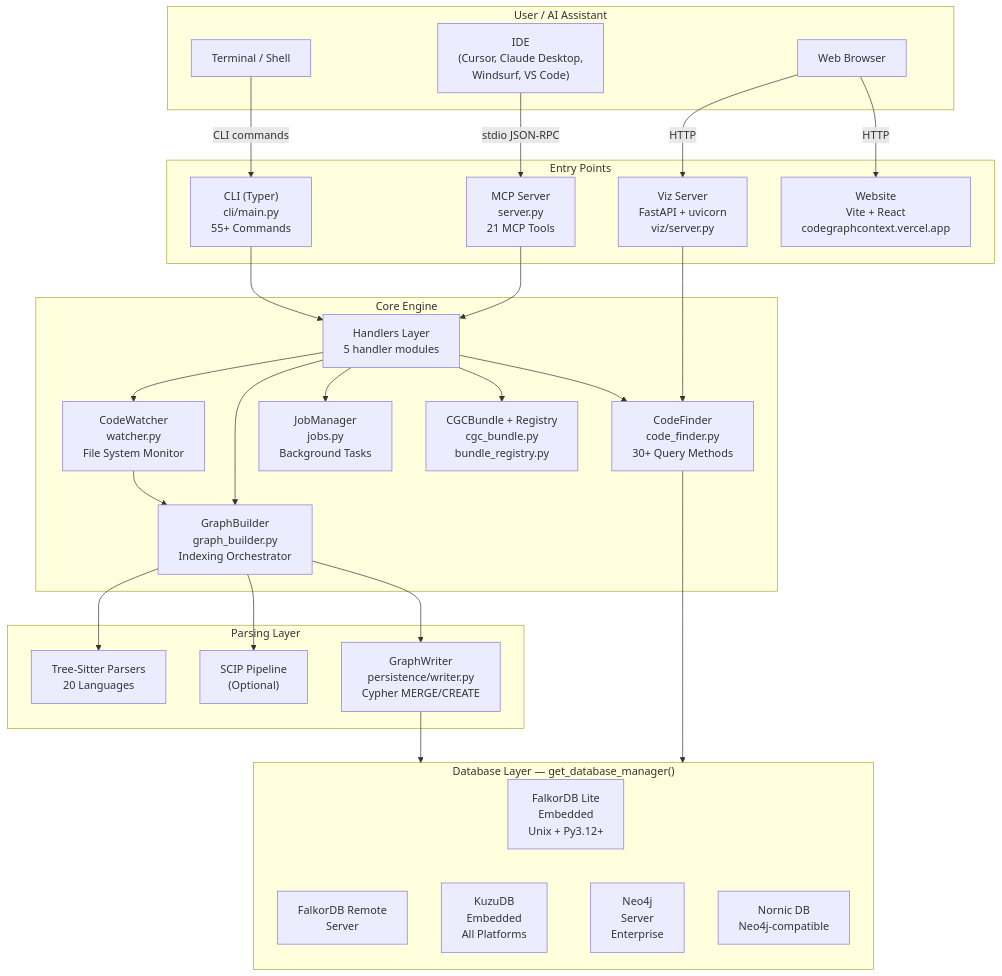
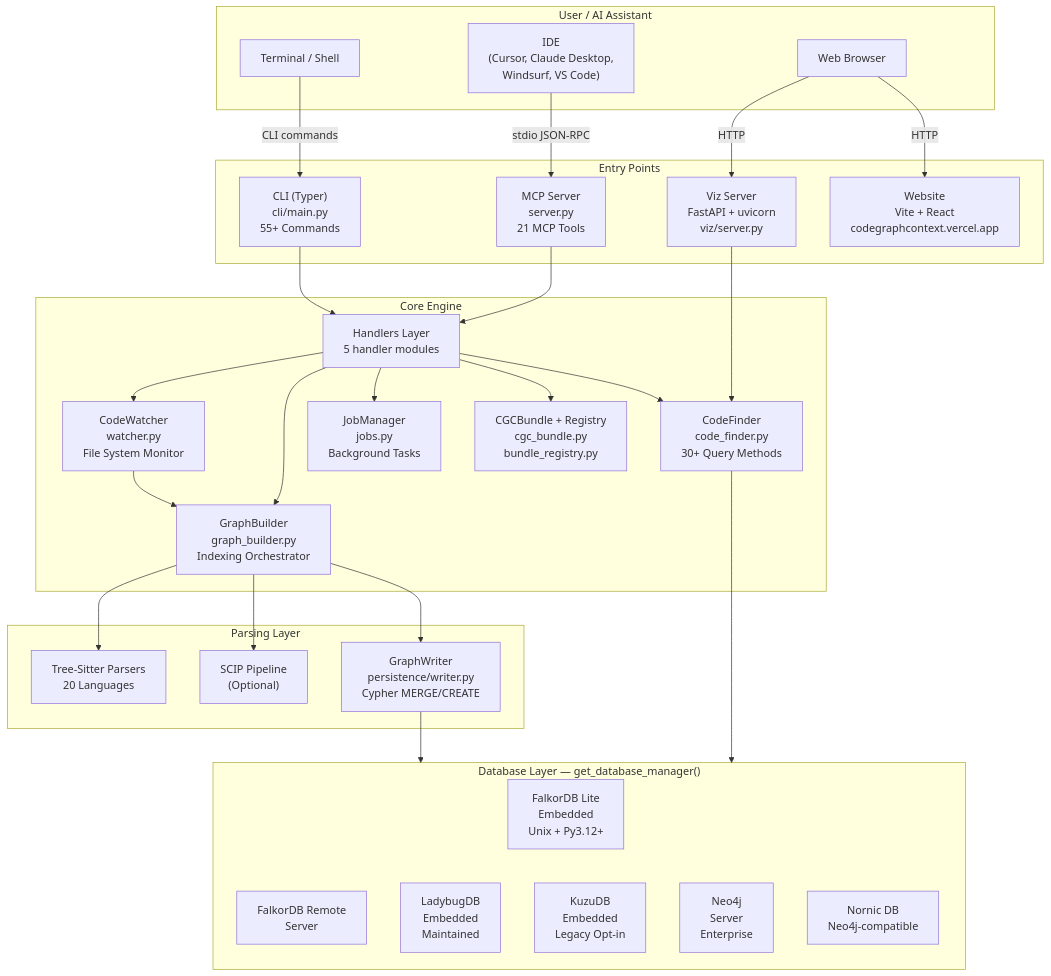
The first of 12 diagrams in docs/ARCHITECTURE.md (CodeGraphContext/CodeGraphContext), drawn with Mermaid before and after one commit. The commit also changed other lines of this file and 15 other files, not shown here.

````diff
--- a/docs/ARCHITECTURE.md
+++ b/docs/ARCHITECTURE.md
@@ -52,66 +53,68 @@
 ```mermaid
 graph TB
     subgraph Clients["User / AI Assistant"]
         IDE["IDE<br/>(Cursor, Claude Desktop,<br/>Windsurf, VS Code)"]
         Terminal["Terminal / Shell"]
         Browser["Web Browser"]
     end
 
     subgraph Entrypoints["Entry Points"]
         MCP["MCP Server<br/>server.py<br/>21 MCP Tools"]
         CLI["CLI (Typer)<br/>cli/main.py<br/>55+ Commands"]
         VizServer["Viz Server<br/>FastAPI + uvicorn<br/>viz/server.py"]
         Website["Website<br/>Vite + React<br/>codegraphcontext.vercel.app"]
     end
 
     subgraph Core["Core Engine"]
         Handlers["Handlers Layer<br/>5 handler modules"]
         GB["GraphBuilder<br/>graph_builder.py<br/>Indexing Orchestrator"]
         CF["CodeFinder<br/>code_finder.py<br/>30+ Query Methods"]
         Watcher["CodeWatcher<br/>watcher.py<br/>File System Monitor"]
         Jobs["JobManager<br/>jobs.py<br/>Background Tasks"]
         Bundles["CGCBundle + Registry<br/>cgc_bundle.py<br/>bundle_registry.py"]
     end
 
     subgraph Parsing["Parsing Layer"]
         TS["Tree-Sitter Parsers<br/>20 Languages"]
         SCIP["SCIP Pipeline<br/>(Optional)"]
         Writer["GraphWriter<br/>persistence/writer.py<br/>Cypher MERGE/CREATE"]
     end
 
     subgraph DB["Database Layer — get_database_manager()"]
         Falkor["FalkorDB Lite<br/>Embedded<br/>Unix + Py3.12+"]
         FalkorR["FalkorDB Remote<br/>Server"]
-        Kuzu["KuzuDB<br/>Embedded<br/>All Platforms"]
+        Ladybug["LadybugDB<br/>Embedded<br/>Maintained"]
+        Kuzu["KuzuDB<br/>Embedded<br/>Legacy Opt-in"]
         Neo4j["Neo4j<br/>Server<br/>Enterprise"]
         Nornic["Nornic DB<br/>Neo4j-compatible"]
     end
 
     IDE -->|"stdio JSON-RPC"| MCP
     Terminal -->|"CLI commands"| CLI
     Browser -->|"HTTP"| VizServer
     Browser -->|"HTTP"| Website
 
     MCP --> Handlers
     CLI --> Handlers
     VizServer --> CF
 
     Handlers --> GB
     Handlers --> CF
     Handlers --> Watcher
     Handlers --> Jobs
     Handlers --> Bundles
 
     GB --> TS
     GB --> SCIP
     GB --> Writer
     CF --> DB
     Writer --> DB
     Watcher --> GB
 
     DB --- Falkor
     DB --- FalkorR
+    DB --- Ladybug
     DB --- Kuzu
     DB --- Neo4j
     DB --- Nornic
 ```
````
